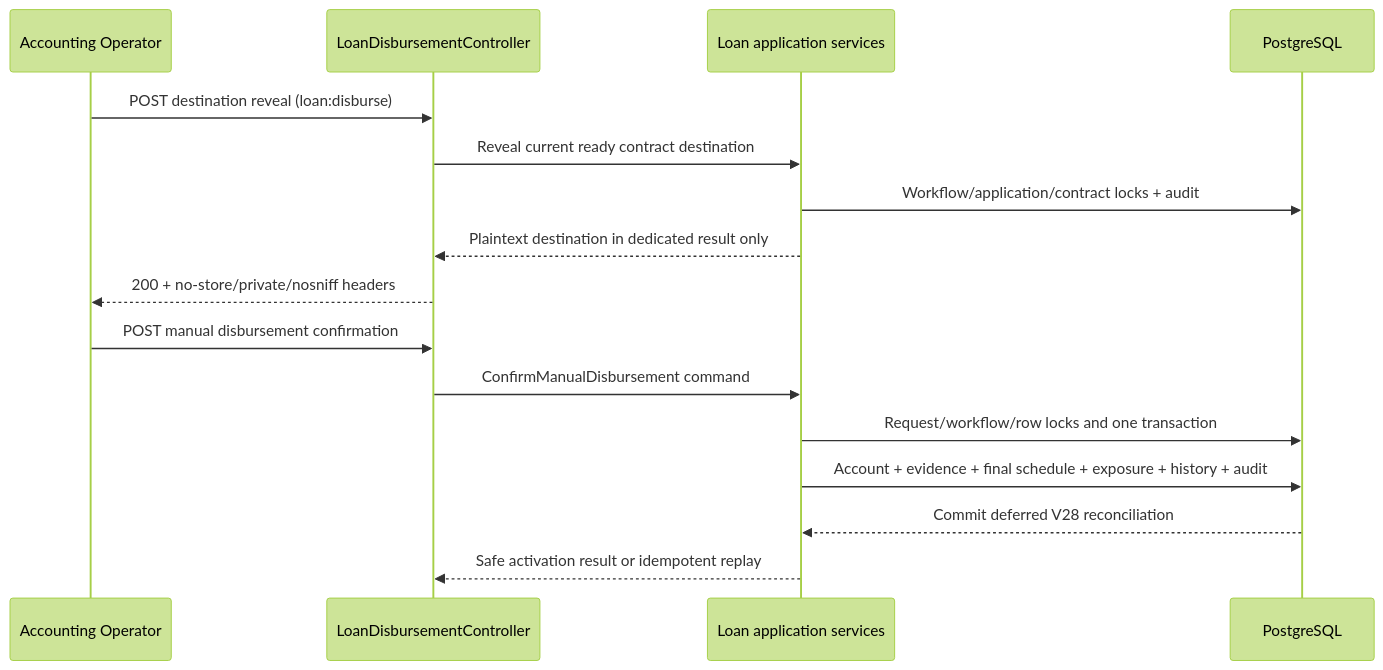
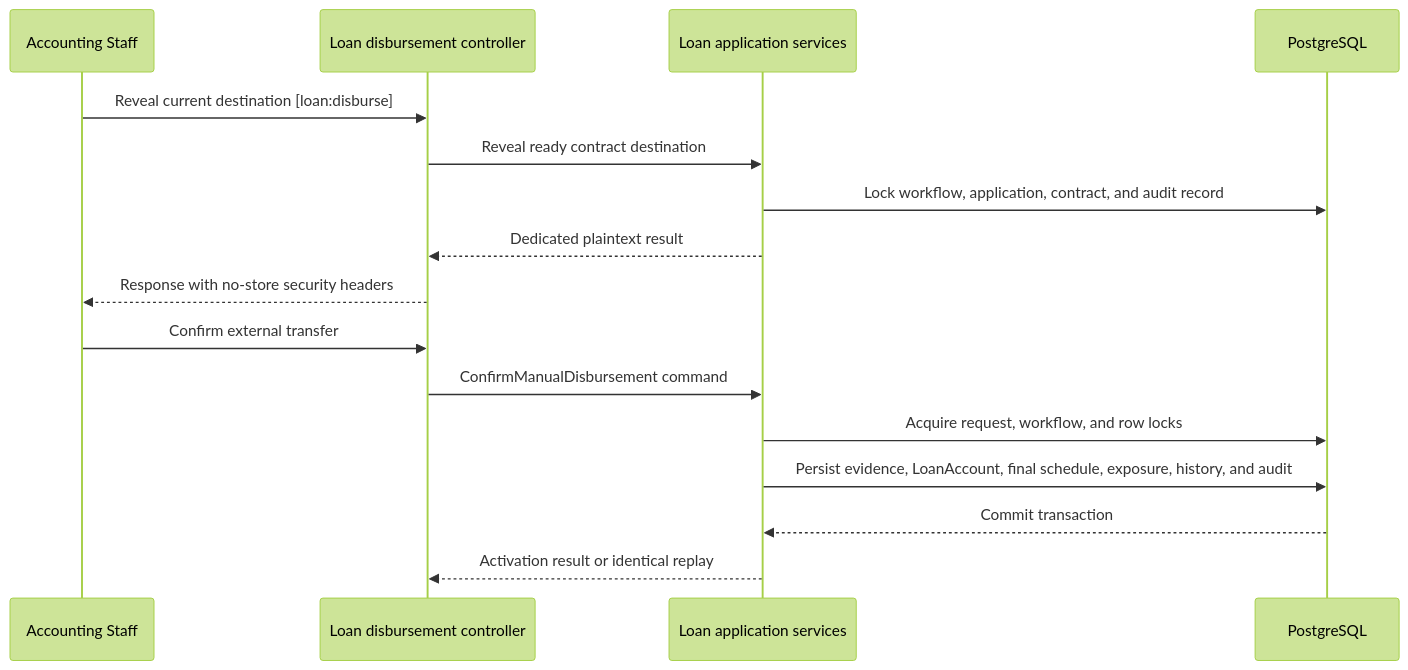
One commit to dongduy-dev/meridian-finance changed the eighth of 9 diagrams in docs/architecture/MER-ARCH-006-api-request-flow-and-dependencies.md. Above: the diagram before and after it, drawn with Mermaid (forest theme). The commit also changed other lines of this file and 7 other files, not shown here.

````diff
--- a/docs/architecture/MER-ARCH-006-api-request-flow-and-dependencies.md
+++ b/docs/architecture/MER-ARCH-006-api-request-flow-and-dependencies.md
@@ -462,18 +327,20 @@
 ```mermaid
 sequenceDiagram
-    participant O as Accounting Operator
-    participant API as LoanDisbursementController
+    participant O as Accounting Staff
+    participant API as Loan disbursement controller
     participant L as Loan application services
     participant DB as PostgreSQL
-    O->>API: POST destination reveal (loan:disburse)
-    API->>L: Reveal current ready contract destination
-    L->>DB: Workflow/application/contract locks + audit
-    L-->>API: Plaintext destination in dedicated result only
-    API-->>O: 200 + no-store/private/nosniff headers
-    O->>API: POST manual disbursement confirmation
+
+    O->>API: Reveal current destination [loan:disburse]
+    API->>L: Reveal ready contract destination
+    L->>DB: Lock workflow, application, contract, and audit record
+    L-->>API: Dedicated plaintext result
+    API-->>O: Response with no-store security headers
+
+    O->>API: Confirm external transfer
     API->>L: ConfirmManualDisbursement command
-    L->>DB: Request/workflow/row locks and one transaction
-    L->>DB: Account + evidence + final schedule + exposure + history + audit
-    DB-->>L: Commit deferred V28 reconciliation
-    L-->>API: Safe activation result or idempotent replay
+    L->>DB: Acquire request, workflow, and row locks
+    L->>DB: Persist evidence, LoanAccount, final schedule, exposure, history, and audit
+    DB-->>L: Commit transaction
+    L-->>API: Activation result or identical replay
 ```
````
